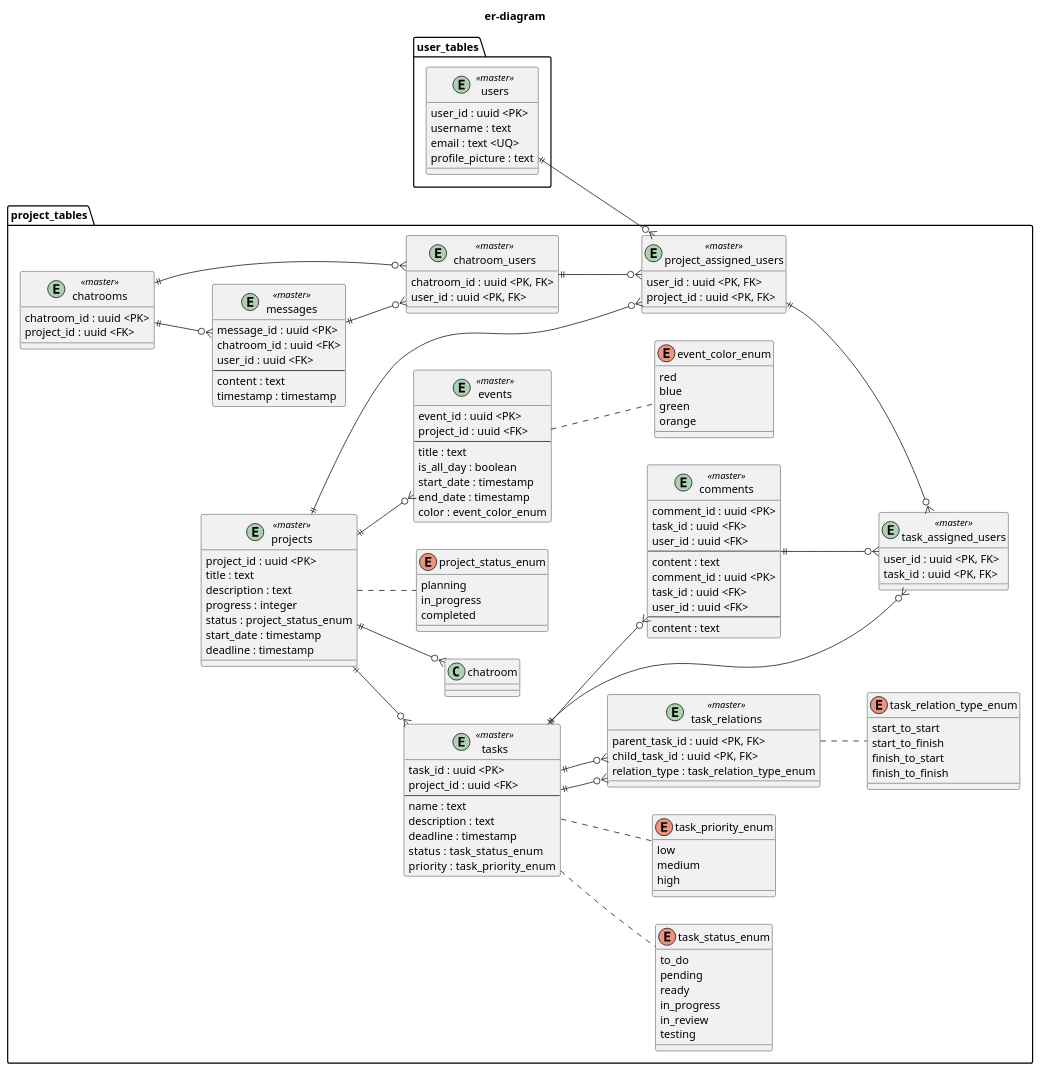
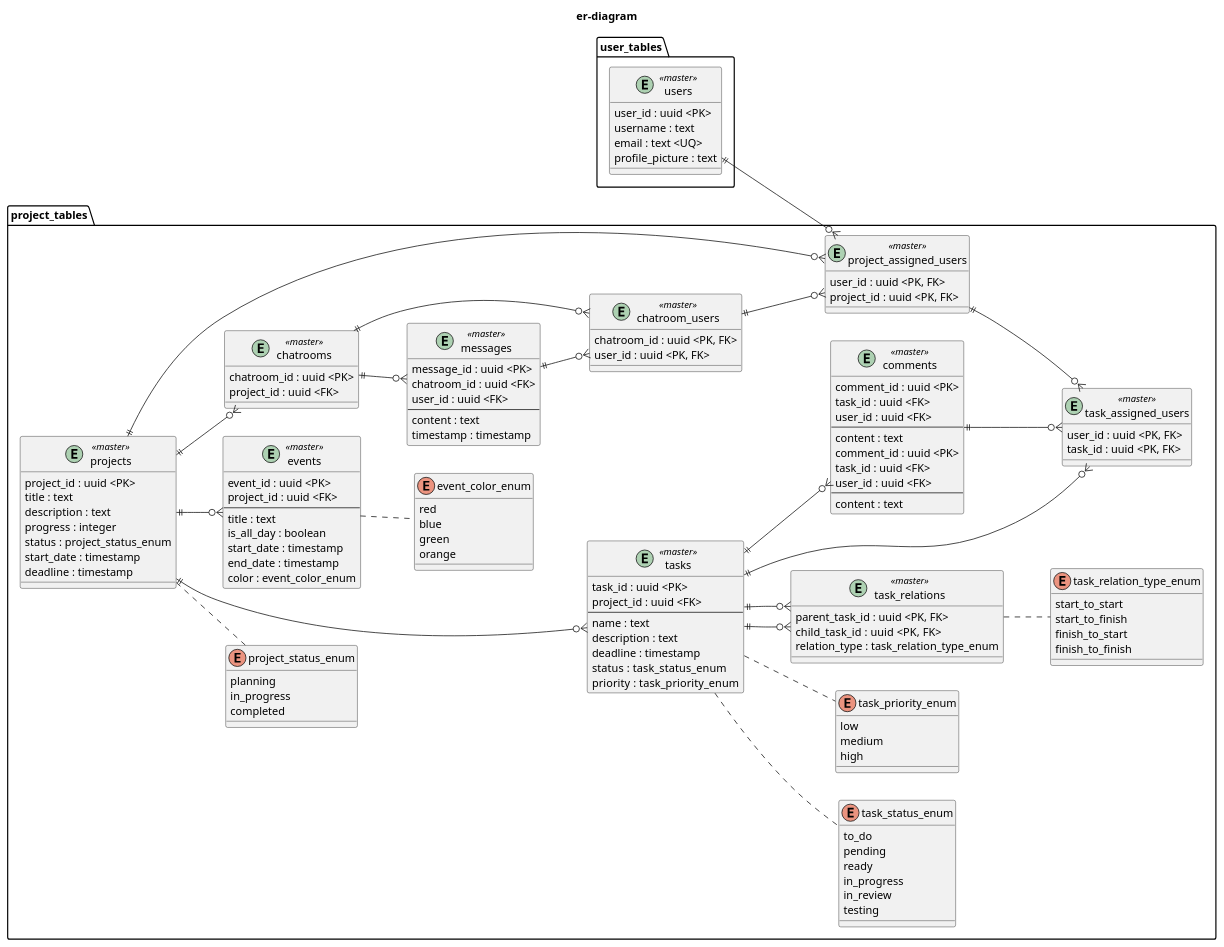
The diagram in doc/backend/er-diagram/er-diagram.pu (KaungSetLinn/FlowMatic), drawn with PlantUML before and after one commit.

Commit message:
chore: 誤字

```diff
--- a/doc/backend/er-diagram/er-diagram.pu
+++ b/doc/backend/er-diagram/er-diagram.pu
@@ -1,143 +1,143 @@
 @startuml er-diagram
 
 left to right direction
 
 title er-diagram
 
 package user_tables {
     entity users <<master>>{
     user_id : uuid <PK>
     username : text
     email : text <UQ>
     profile_picture : text
     }
 }
 
 package project_tables {
     entity projects <<master>>{
         project_id : uuid <PK>
         title : text
         description : text
         progress : integer
         status : project_status_enum
         start_date : timestamp
         deadline : timestamp
     }
     enum project_status_enum {
         planning
         in_progress
         completed
     }
     entity project_assigned_users <<master>>{
         user_id : uuid <PK, FK>
         project_id : uuid <PK, FK>
     }
     entity tasks <<master>>{
         task_id : uuid <PK>
         project_id : uuid <FK>
         ---
         name : text
         description : text
         deadline : timestamp
         status :  task_status_enum
         priority :  task_priority_enum
     }
     enum  task_status_enum {
         to_do
         pending
         ready
         in_progress
         in_review
         testing
     }
     enum  task_priority_enum {
         low
         medium
         high
     }
     entity task_assigned_users <<master>>{
         user_id : uuid <PK, FK>
         task_id : uuid <PK, FK>
     }
     entity task_relations <<master>>{
         parent_task_id : uuid <PK, FK>
         child_task_id  : uuid <PK, FK>
         relation_type : task_relation_type_enum
     }
     enum task_relation_type_enum {
         start_to_start
         start_to_finish
         finish_to_start
         finish_to_finish
     }
     entity comments <<master>>{
         comment_id : uuid <PK>
         task_id : uuid <FK>
         user_id : uuid <FK>
         ---
         content : text
     }
     entity comments <<master>>{
         comment_id : uuid <PK>
         task_id : uuid <FK>
         user_id : uuid <FK>
         ---
         content : text
     }
     entity events <<master>>{
         event_id : uuid <PK>
         project_id : uuid <FK>
         ---
         title : text
         is_all_day : boolean
         start_date : timestamp
         end_date : timestamp
         color : event_color_enum
     }
     enum event_color_enum {
         red
         blue
         green
         orange
     }
     entity chatrooms <<master>>{
         chatroom_id : uuid <PK>
         project_id : uuid <FK>
     }
     entity chatroom_users <<master>>{
         chatroom_id : uuid <PK, FK>
         user_id : uuid <PK, FK>
     }
     entity messages <<master>>{
         message_id : uuid <PK>
         chatroom_id : uuid <FK>
         user_id : uuid <FK>
         ---
         content : text
         timestamp : timestamp
     }
 
     projects ||--o{ project_assigned_users
     project_assigned_users ||--o{ task_assigned_users
     projects ||--o{ tasks
     tasks ||--o{ task_relations
     tasks ||--o{ task_relations
     task_relations .. task_relation_type_enum
     tasks ..  task_priority_enum
     tasks ..  task_status_enum
     tasks ||--o{ task_assigned_users
     tasks ||--o{ comments
     comments ||--o{ task_assigned_users
     projects .. project_status_enum
     projects ||--o{ events
     events .. event_color_enum
-    projects ||--o{ chatroom
+    projects ||--o{ chatrooms
     chatrooms ||--o{ chatroom_users
     chatroom_users ||--o{ project_assigned_users
     chatrooms ||--o{ messages
     messages ||--o{ chatroom_users
 }
 
 users ||--o{ project_assigned_users
 
 @enduml
```
